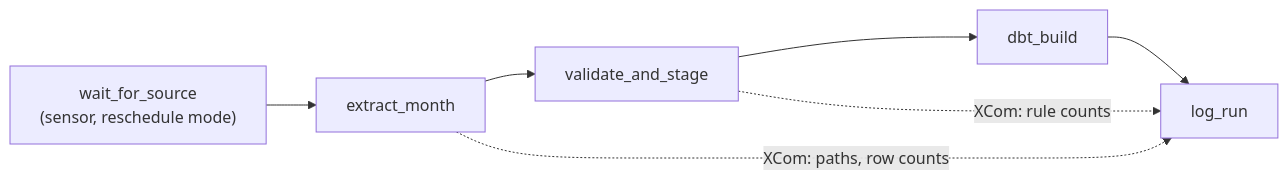
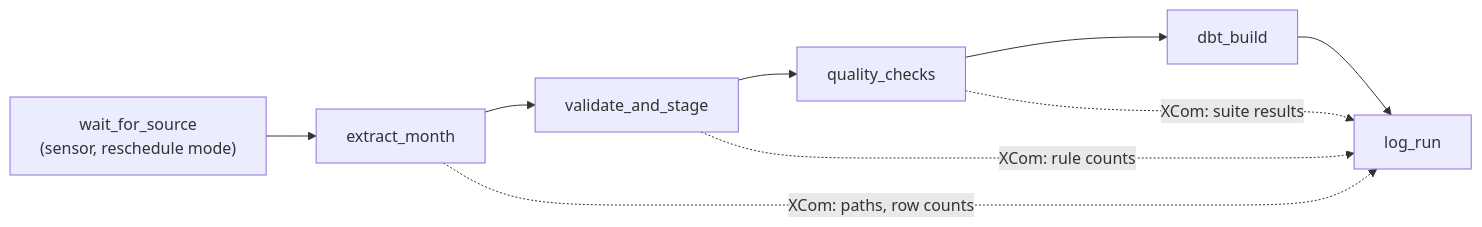
The second of 3 diagrams in README.md (Emmanuel-Esplin/nyc-taxi-pipeline), drawn with Mermaid before and after one commit. The commit also changed other lines of this file and 2 other files, not shown here.

````diff
--- a/README.md
+++ b/README.md
@@ -82,6 +86,7 @@
 ```mermaid
 flowchart LR
-    W["wait_for_source<br/>(sensor, reschedule mode)"] --> E[extract_month] --> V[validate_and_stage] --> B[dbt_build] --> L[log_run]
+    W["wait_for_source<br/>(sensor, reschedule mode)"] --> E[extract_month] --> V[validate_and_stage] --> Q[quality_checks] --> B[dbt_build] --> L[log_run]
     E -. XCom: paths, row counts .-> L
     V -. XCom: rule counts .-> L
+    Q -. XCom: suite results .-> L
 ```
````
